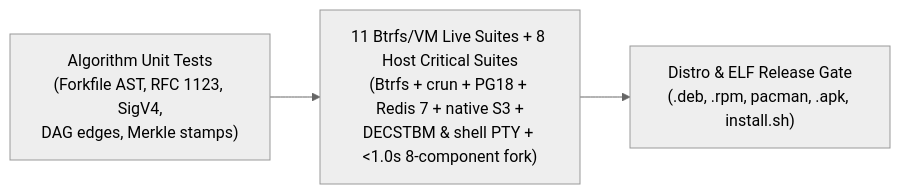
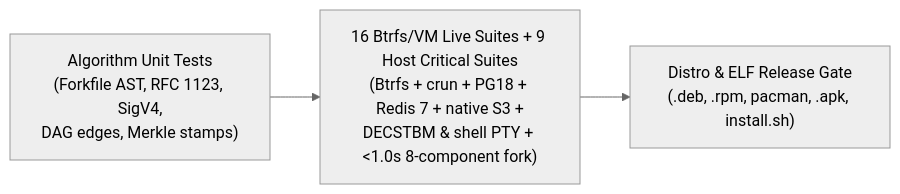
The diagram in TESTING_PLAN.md (OffworldNexus/slipfork), drawn with Mermaid (neutral theme) before and after one commit. The commit also changed other lines of this file and 12 other files, not shown here.

First line of the commit message:
[M3.181] Run all 16 live suites and isolate plugin lab env

````diff
--- a/TESTING_PLAN.md
+++ b/TESTING_PLAN.md
@@ -10,5 +10,5 @@
 ```mermaid
 flowchart LR
-  Unit["Algorithm Unit Tests\n(Forkfile AST, RFC 1123, SigV4,\nDAG edges, Merkle stamps)"] --> Lab["11 Btrfs/VM Live Suites + 8 Host Critical Suites\n(Btrfs + crun + PG18 + Redis 7 + native S3 +\nDECSTBM & shell PTY + <1.0s 8-component fork)"]
+  Unit["Algorithm Unit Tests\n(Forkfile AST, RFC 1123, SigV4,\nDAG edges, Merkle stamps)"] --> Lab["16 Btrfs/VM Live Suites + 9 Host Critical Suites\n(Btrfs + crun + PG18 + Redis 7 + native S3 +\nDECSTBM & shell PTY + <1.0s 8-component fork)"]
   Lab --> Pkg["Distro & ELF Release Gate\n(.deb, .rpm, pacman, .apk, install.sh)"]
 ```
````
